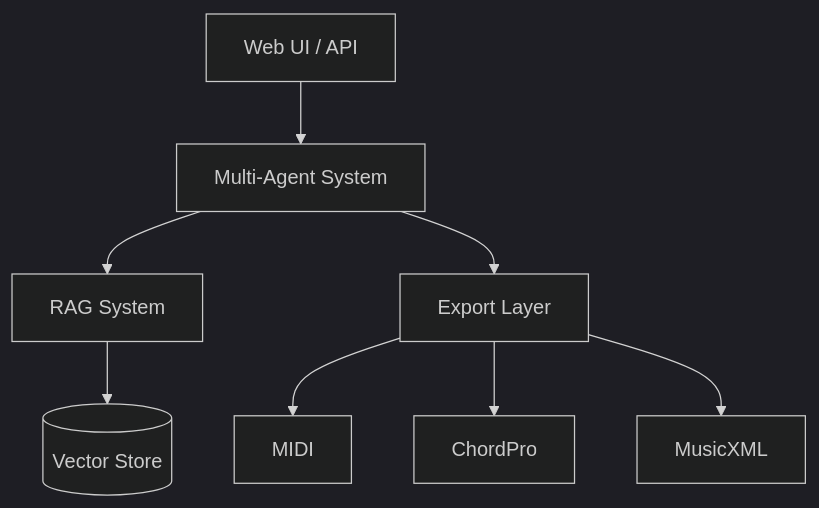
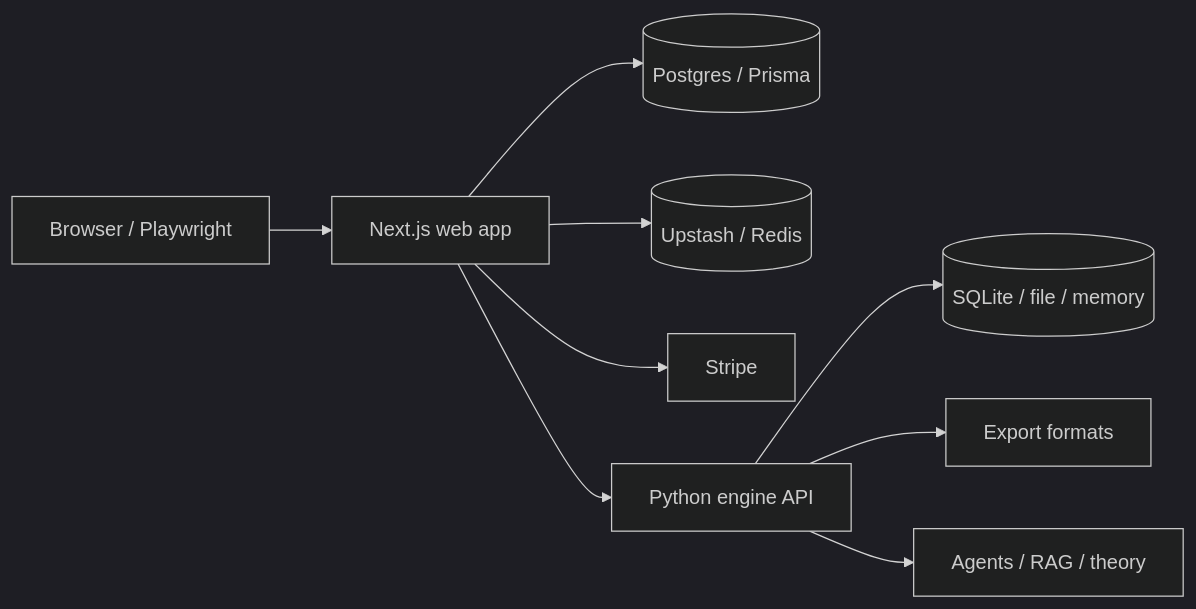
The diagram in docs/index.md (gr8monk3ys/album-conceptualizer), drawn with Mermaid (dark theme) before and after one commit. The commit also changed other lines of this file and 13 other files, not shown here.

Commit message:
docs: expand onboarding and architecture guides

````diff
--- a/docs/index.md
+++ b/docs/index.md
@@ -104,10 +25,11 @@
 ```mermaid
-graph TB
-    UI[Web UI / API] --> Agents[Multi-Agent System]
-    Agents --> RAG[RAG System]
-    RAG --> VectorDB[(Vector Store)]
-    Agents --> Export[Export Layer]
-    Export --> MIDI[MIDI]
-    Export --> ChordPro[ChordPro]
-    Export --> MusicXML[MusicXML]
+flowchart LR
+    Browser[Browser / Playwright] --> Web[Next.js web app]
+    Web --> Postgres[(Postgres / Prisma)]
+    Web --> Redis[(Upstash / Redis)]
+    Web --> Stripe[Stripe]
+    Web --> Engine[Python engine API]
+    Engine --> Storage[(SQLite / file / memory)]
+    Engine --> Export[Export formats]
+    Engine --> AI[Agents / RAG / theory]
 ```
````
